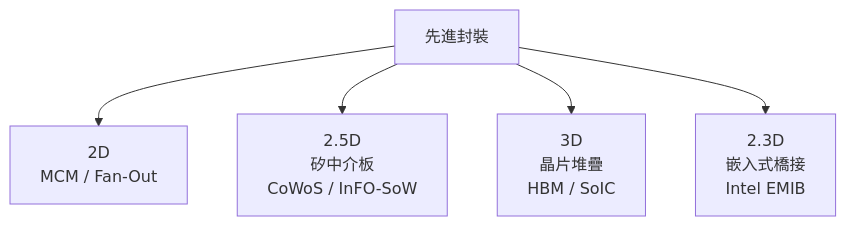
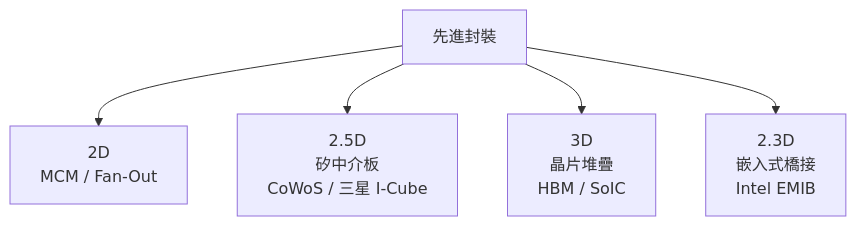
Before and after one commit to wizardhsiehcom/book: the second of 2 diagrams in docs/cowos/01-why-advanced-packaging.md, drawn with Mermaid. The commit also changed 13 other files, not shown here.

````diff
--- a/docs/cowos/01-why-advanced-packaging.md
+++ b/docs/cowos/01-why-advanced-packaging.md
@@ -34,7 +34,7 @@
 ```mermaid
 flowchart TD
     P["先進封裝"] --> P1["2D<br/>MCM / Fan-Out"]
-    P --> P2["2.5D<br/>矽中介板<br/>CoWoS / InFO-SoW"]
+    P --> P2["2.5D<br/>矽中介板<br/>CoWoS / 三星 I-Cube"]
     P --> P3["3D<br/>晶片堆疊<br/>HBM / SoIC"]
     P --> P4["2.3D<br/>嵌入式橋接<br/>Intel EMIB"]
 ```
````
